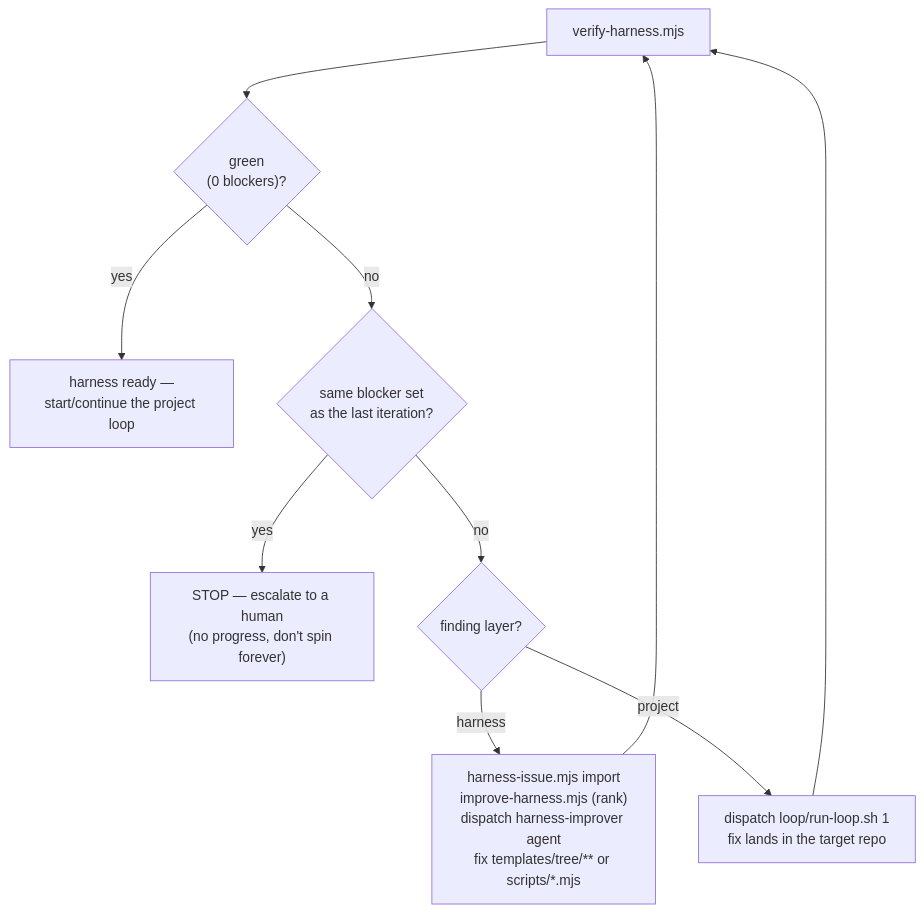
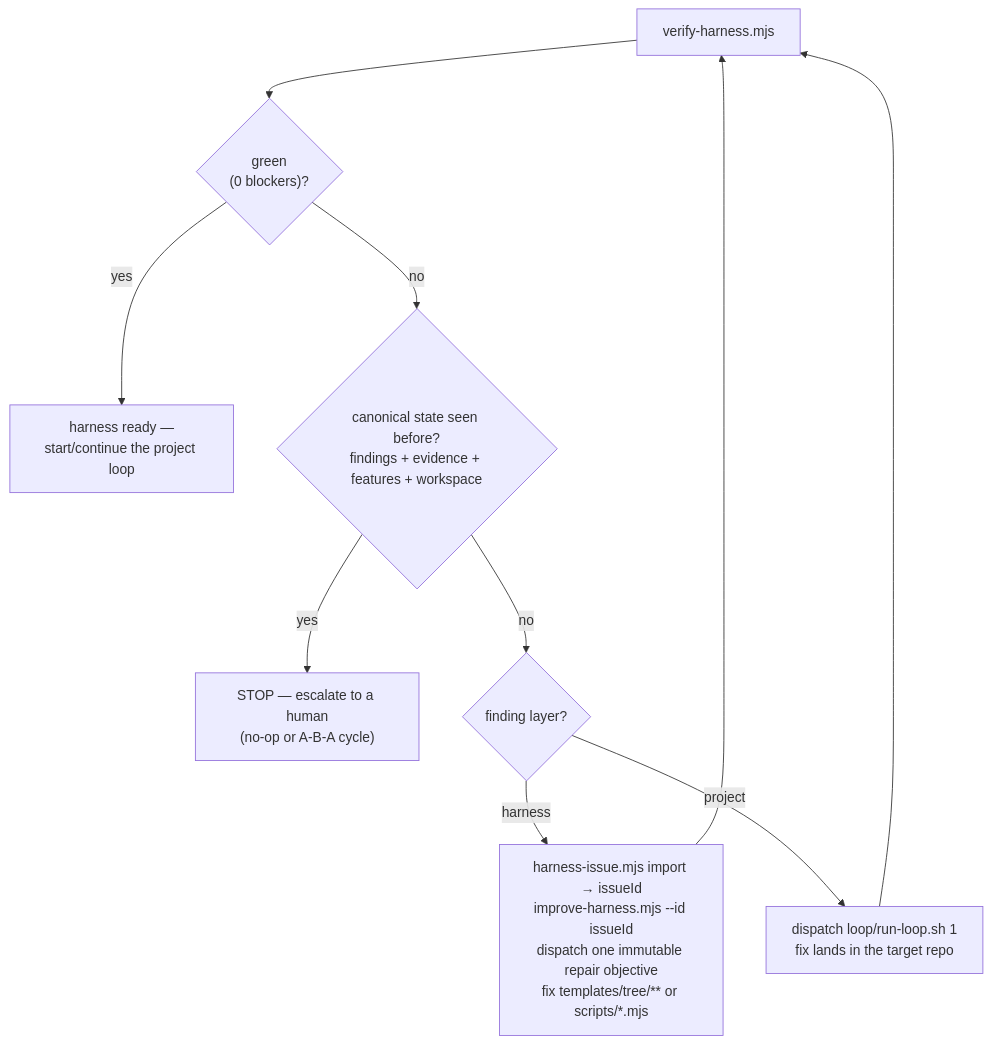
One commit to truonghedspi/harness changed the fourth of 4 diagrams in harness-loop/references/workflow-diagram.md. Above: the diagram before and after it, drawn with Mermaid. The commit also changed other lines of this file and 15 other files, not shown here.

````diff
--- a/harness-loop/references/workflow-diagram.md
+++ b/harness-loop/references/workflow-diagram.md
@@ -120,12 +125,12 @@
 ```mermaid
 flowchart TD
     V["verify-harness.mjs"] --> S{"green\n(0 blockers)?"}
     S -- yes --> Done["harness ready —\nstart/continue the project loop"]
-    S -- no --> Sig{"same blocker set\nas the last iteration?"}
-    Sig -- yes --> Stop["STOP — escalate to a human\n(no progress, don't spin forever)"]
+    S -- no --> Sig{"canonical state seen before?\nfindings + evidence + features + workspace"}
+    Sig -- yes --> Stop["STOP — escalate to a human\n(no-op or A-B-A cycle)"]
     Sig -- no --> L{"finding layer?"}
-    L -- harness --> HI["harness-issue.mjs import\nimprove-harness.mjs (rank)\ndispatch harness-improver agent\nfix templates/tree/** or scripts/*.mjs"]
+    L -- harness --> HI["harness-issue.mjs import → issueId\nimprove-harness.mjs --id issueId\ndispatch one immutable repair objective\nfix templates/tree/** or scripts/*.mjs"]
     L -- project --> PJ["dispatch loop/run-loop.sh 1\nfix lands in the target repo"]
     HI --> V
     PJ --> V
 ```
````
